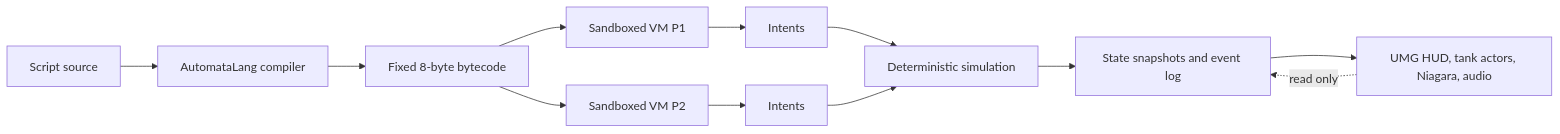
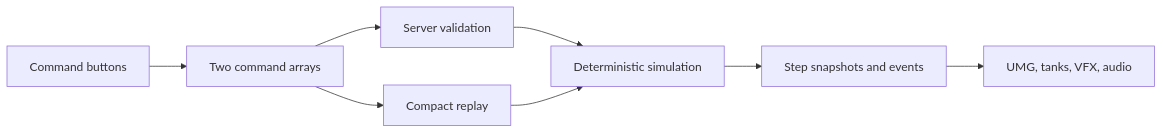
The diagram in README.md (IgorGarciaCosta/AutomataWar), drawn with Mermaid before and after one commit. The commit also changed other lines of this file and 68 other files, not shown here.

````diff
--- a/README.md
+++ b/README.md
@@ -68,14 +37,10 @@
 ```mermaid
 flowchart LR
-    Source[Script source] --> Compiler[AutomataLang compiler]
-    Compiler --> Bytecode[Fixed 8-byte bytecode]
-    Bytecode --> VM1[Sandboxed VM P1]
-    Bytecode --> VM2[Sandboxed VM P2]
-    VM1 --> Intent1[Intents]
-    VM2 --> Intent2[Intents]
-    Intent1 --> Sim[Deterministic simulation]
-    Intent2 --> Sim
-    Sim --> Replay[State snapshots and event log]
-    Replay --> Presentation[UMG HUD, tank actors, Niagara, audio]
-    Presentation -. read only .-> Replay
+    Buttons[Command buttons] --> Lists[Two command arrays]
+    Lists --> Authority[Server validation]
+    Authority --> Sim[Deterministic simulation]
+    Sim --> History[Step snapshots and events]
+    History --> Presentation[UMG, tanks, VFX, audio]
+    Lists --> Replay[Compact replay]
+    Replay --> Sim
 ```
````
